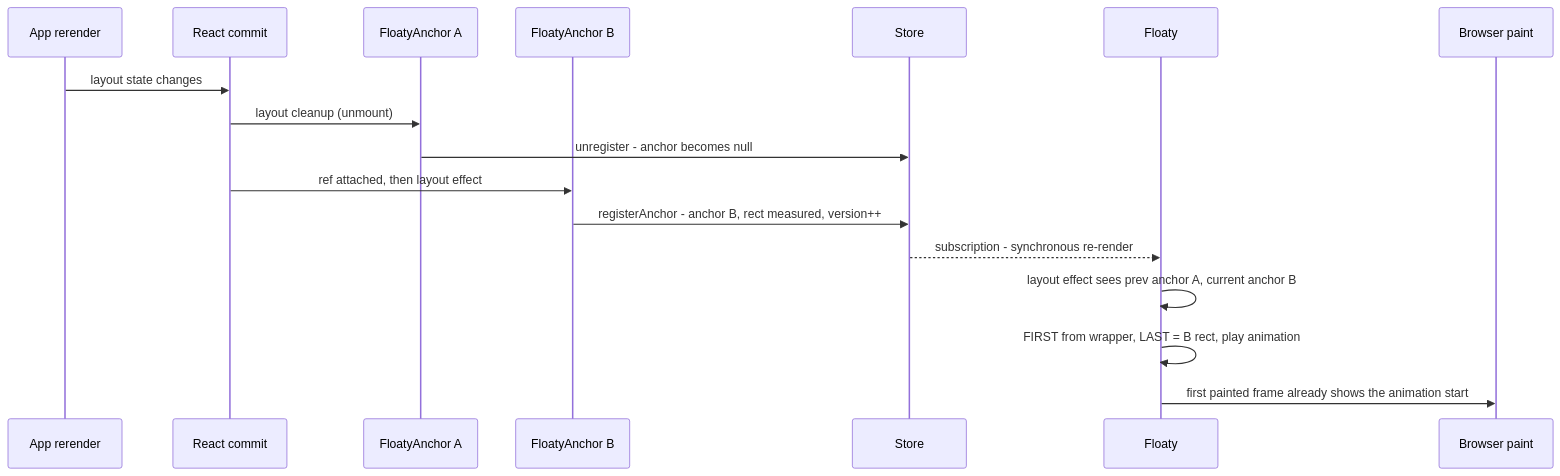
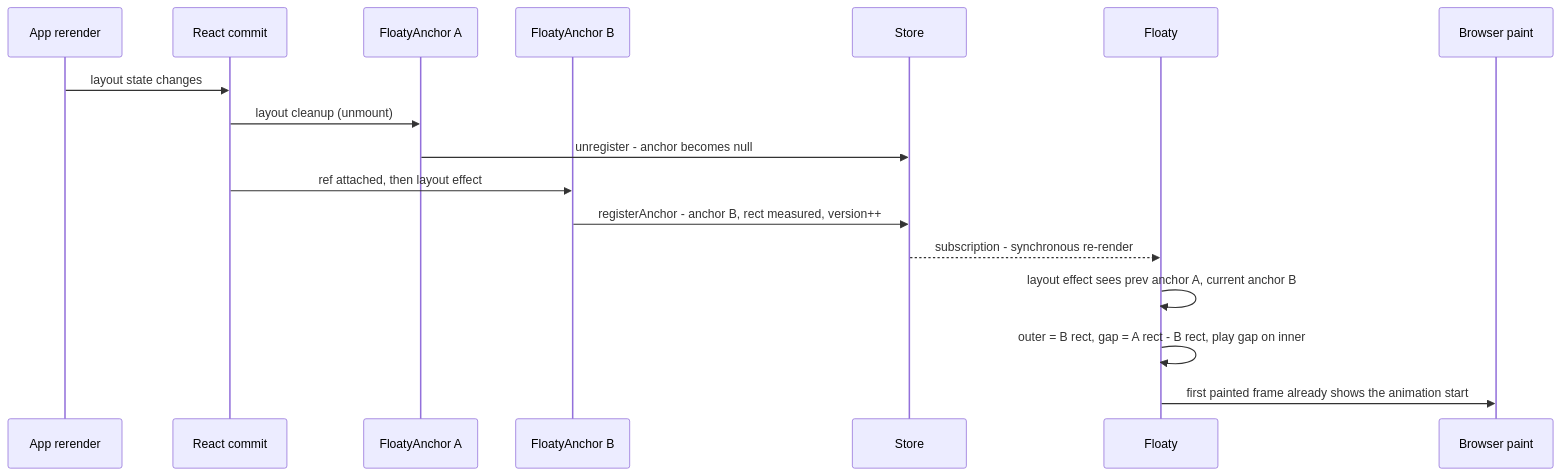
One commit to ryumy97/floaty changed the fifth of 5 diagrams in docs/ARCHITECTURE.md. Above: the diagram before and after it, drawn with Mermaid. The commit also changed other lines of this file and 12 other files, not shown here.

````diff
--- a/docs/ARCHITECTURE.md
+++ b/docs/ARCHITECTURE.md
@@ -381,20 +457,20 @@
 ```mermaid
 sequenceDiagram
   participant App as App rerender
   participant React as React commit
   participant A as FloatyAnchor A
   participant B as FloatyAnchor B
   participant S as Store
   participant F as Floaty
   participant DOM as Browser paint
 
   App->>React: layout state changes
   React->>A: layout cleanup (unmount)
   A->>S: unregister - anchor becomes null
   React->>B: ref attached, then layout effect
   B->>S: registerAnchor - anchor B, rect measured, version++
   S-->>F: subscription - synchronous re-render
   F->>F: layout effect sees prev anchor A, current anchor B
-  F->>F: FIRST from wrapper, LAST = B rect, play animation
+  F->>F: outer = B rect, gap = A rect - B rect, play gap on inner
   F->>DOM: first painted frame already shows the animation start
 ```
````
